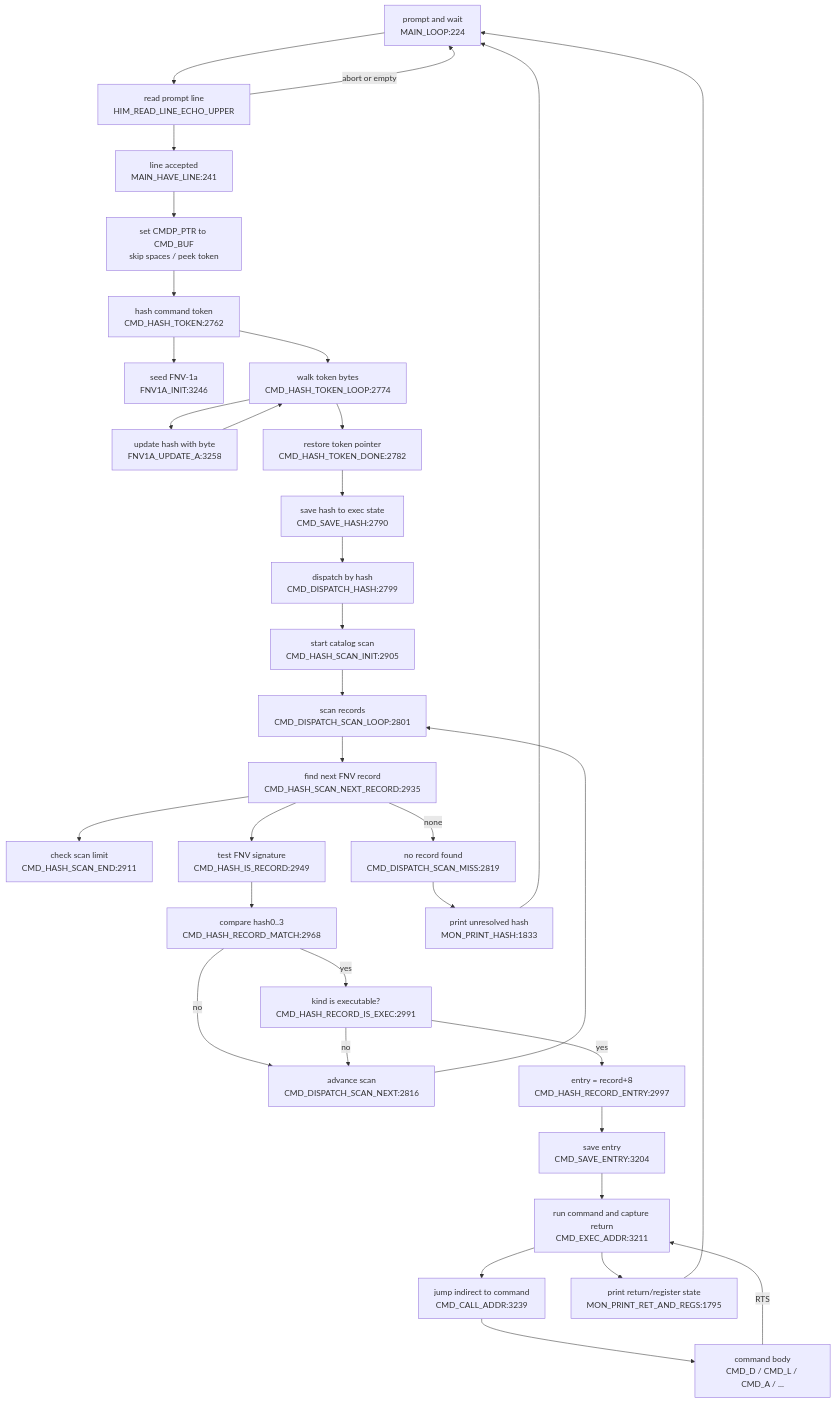
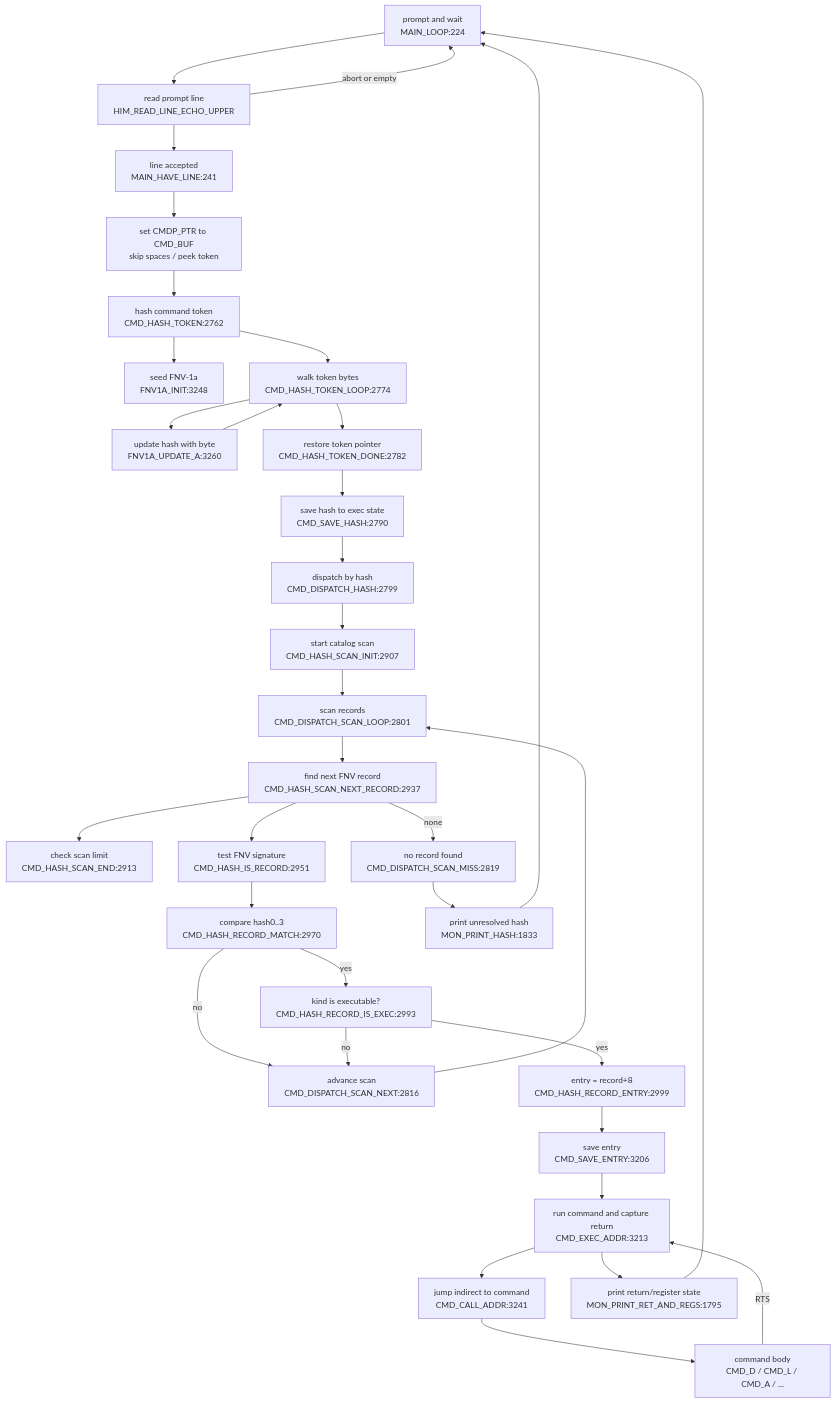
The diagram in DOC/GENERATED/CMD_FLOW_MAP.md (95westus/R-YORS), drawn with Mermaid before and after one commit. The commit also changed other lines of this file and 18 other files, not shown here.

````diff
--- a/DOC/GENERATED/CMD_FLOW_MAP.md
+++ b/DOC/GENERATED/CMD_FLOW_MAP.md
@@ -10,36 +10,36 @@
 ```mermaid
 flowchart TD
     LOOP["prompt and wait<br/>MAIN_LOOP:224"] --> READ["read prompt line<br/>HIM_READ_LINE_ECHO_UPPER"]
     READ --> HAVE["line accepted<br/>MAIN_HAVE_LINE:241"]
     READ -->|abort or empty| LOOP
     HAVE --> PREP["set CMDP_PTR to CMD_BUF<br/>skip spaces / peek token"]
     PREP --> HASH["hash command token<br/>CMD_HASH_TOKEN:2762"]
-    HASH --> FNVINIT["seed FNV-1a<br/>FNV1A_INIT:3246"]
+    HASH --> FNVINIT["seed FNV-1a<br/>FNV1A_INIT:3248"]
     HASH --> HASHLOOP["walk token bytes<br/>CMD_HASH_TOKEN_LOOP:2774"]
-    HASHLOOP --> UPDATE["update hash with byte<br/>FNV1A_UPDATE_A:3258"]
+    HASHLOOP --> UPDATE["update hash with byte<br/>FNV1A_UPDATE_A:3260"]
     UPDATE --> HASHLOOP
     HASHLOOP --> DONE["restore token pointer<br/>CMD_HASH_TOKEN_DONE:2782"]
     DONE --> SAVEHASH["save hash to exec state<br/>CMD_SAVE_HASH:2790"]
     SAVEHASH --> DISPATCH["dispatch by hash<br/>CMD_DISPATCH_HASH:2799"]
-    DISPATCH --> SCANINIT["start catalog scan<br/>CMD_HASH_SCAN_INIT:2905"]
+    DISPATCH --> SCANINIT["start catalog scan<br/>CMD_HASH_SCAN_INIT:2907"]
     SCANINIT --> SCANLOOP["scan records<br/>CMD_DISPATCH_SCAN_LOOP:2801"]
-    SCANLOOP --> NEXTREC["find next FNV record<br/>CMD_HASH_SCAN_NEXT_RECORD:2935"]
-    NEXTREC --> ENDCHK["check scan limit<br/>CMD_HASH_SCAN_END:2911"]
-    NEXTREC --> ISREC["test FNV signature<br/>CMD_HASH_IS_RECORD:2949"]
+    SCANLOOP --> NEXTREC["find next FNV record<br/>CMD_HASH_SCAN_NEXT_RECORD:2937"]
+    NEXTREC --> ENDCHK["check scan limit<br/>CMD_HASH_SCAN_END:2913"]
+    NEXTREC --> ISREC["test FNV signature<br/>CMD_HASH_IS_RECORD:2951"]
     NEXTREC -->|none| MISS["no record found<br/>CMD_DISPATCH_SCAN_MISS:2819"]
-    ISREC --> MATCH["compare hash0..3<br/>CMD_HASH_RECORD_MATCH:2968"]
+    ISREC --> MATCH["compare hash0..3<br/>CMD_HASH_RECORD_MATCH:2970"]
     MATCH -->|no| ADV["advance scan<br/>CMD_DISPATCH_SCAN_NEXT:2816"]
     ADV --> SCANLOOP
-    MATCH -->|yes| EXECOK["kind is executable?<br/>CMD_HASH_RECORD_IS_EXEC:2991"]
+    MATCH -->|yes| EXECOK["kind is executable?<br/>CMD_HASH_RECORD_IS_EXEC:2993"]
     EXECOK -->|no| ADV
-    EXECOK -->|yes| ENTRY["entry = record+8<br/>CMD_HASH_RECORD_ENTRY:2997"]
-    ENTRY --> SAVEENTRY["save entry<br/>CMD_SAVE_ENTRY:3204"]
-    SAVEENTRY --> RUN["run command and capture return<br/>CMD_EXEC_ADDR:3211"]
-    RUN --> CALL["jump indirect to command<br/>CMD_CALL_ADDR:3239"]
+    EXECOK -->|yes| ENTRY["entry = record+8<br/>CMD_HASH_RECORD_ENTRY:2999"]
+    ENTRY --> SAVEENTRY["save entry<br/>CMD_SAVE_ENTRY:3206"]
+    SAVEENTRY --> RUN["run command and capture return<br/>CMD_EXEC_ADDR:3213"]
+    RUN --> CALL["jump indirect to command<br/>CMD_CALL_ADDR:3241"]
     CALL --> BODY["command body<br/>CMD_D / CMD_L / CMD_A / ..."]
     BODY -->|RTS| RUN
     RUN --> RETPRINT["print return/register state<br/>MON_PRINT_RET_AND_REGS:1795"]
     RETPRINT --> LOOP
     MISS --> PRHASH["print unresolved hash<br/>MON_PRINT_HASH:1833"]
     PRHASH --> LOOP
 ```
````
